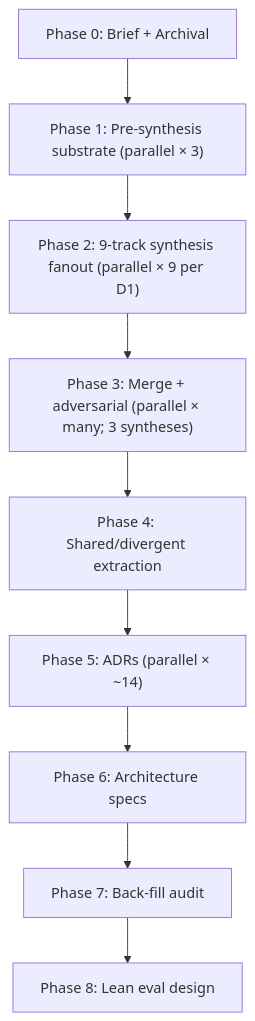
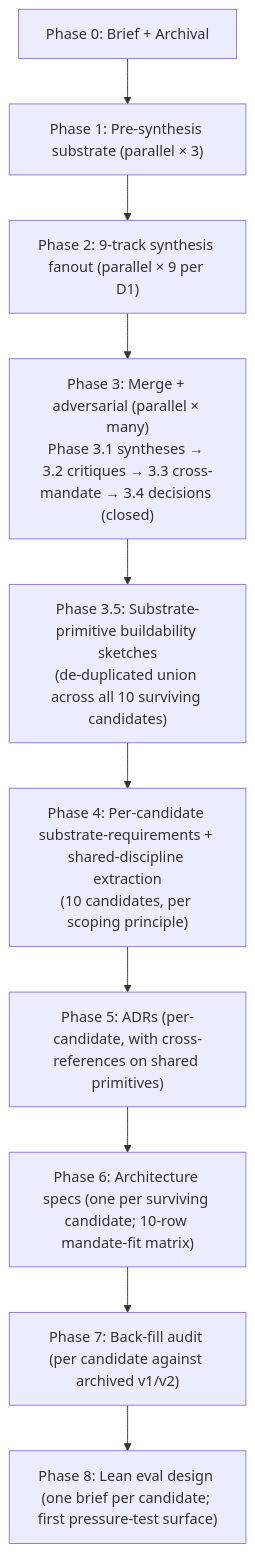
Before and after one commit to lago-morph/software-factory: the first of 9 diagrams in ARCHITECTURE-V3-SYNTHESIS-PLAN.md, drawn with Mermaid. The commit also changed other lines of this file, not shown here.

````diff
--- a/ARCHITECTURE-V3-SYNTHESIS-PLAN.md
+++ b/ARCHITECTURE-V3-SYNTHESIS-PLAN.md
@@ -68,13 +72,14 @@
 ```mermaid
 flowchart TB
     P0["Phase 0: Brief + Archival"]
     P1["Phase 1: Pre-synthesis substrate (parallel × 3)"]
     P2["Phase 2: 9-track synthesis fanout (parallel × 9 per D1)"]
-    P3["Phase 3: Merge + adversarial (parallel × many; 3 syntheses)"]
-    P4["Phase 4: Shared/divergent extraction"]
-    P5["Phase 5: ADRs (parallel × ~14)"]
-    P6["Phase 6: Architecture specs"]
-    P7["Phase 7: Back-fill audit"]
-    P8["Phase 8: Lean eval design"]
-    P0 --> P1 --> P2 --> P3 --> P4 --> P5 --> P6 --> P7 --> P8
+    P3["Phase 3: Merge + adversarial (parallel × many)<br/>Phase 3.1 syntheses → 3.2 critiques → 3.3 cross-mandate → 3.4 decisions (closed)"]
+    P35["Phase 3.5: Substrate-primitive buildability sketches<br/>(de-duplicated union across all 10 surviving candidates)"]
+    P4["Phase 4: Per-candidate substrate-requirements + shared-discipline extraction<br/>(10 candidates, per scoping principle)"]
+    P5["Phase 5: ADRs (per-candidate, with cross-references on shared primitives)"]
+    P6["Phase 6: Architecture specs (one per surviving candidate; 10-row mandate-fit matrix)"]
+    P7["Phase 7: Back-fill audit (per candidate against archived v1/v2)"]
+    P8["Phase 8: Lean eval design (one brief per candidate; first pressure-test surface)"]
+    P0 --> P1 --> P2 --> P3 --> P35 --> P4 --> P5 --> P6 --> P7 --> P8
 ```
````
